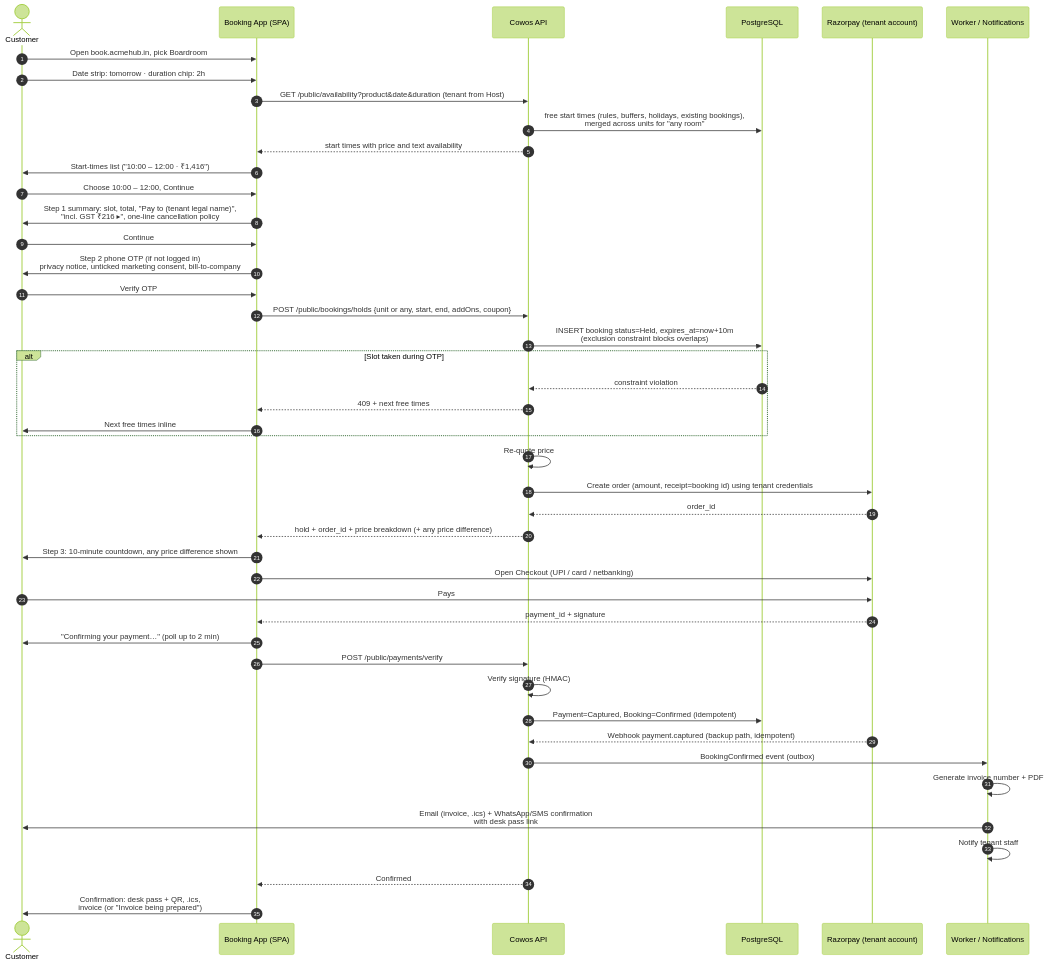
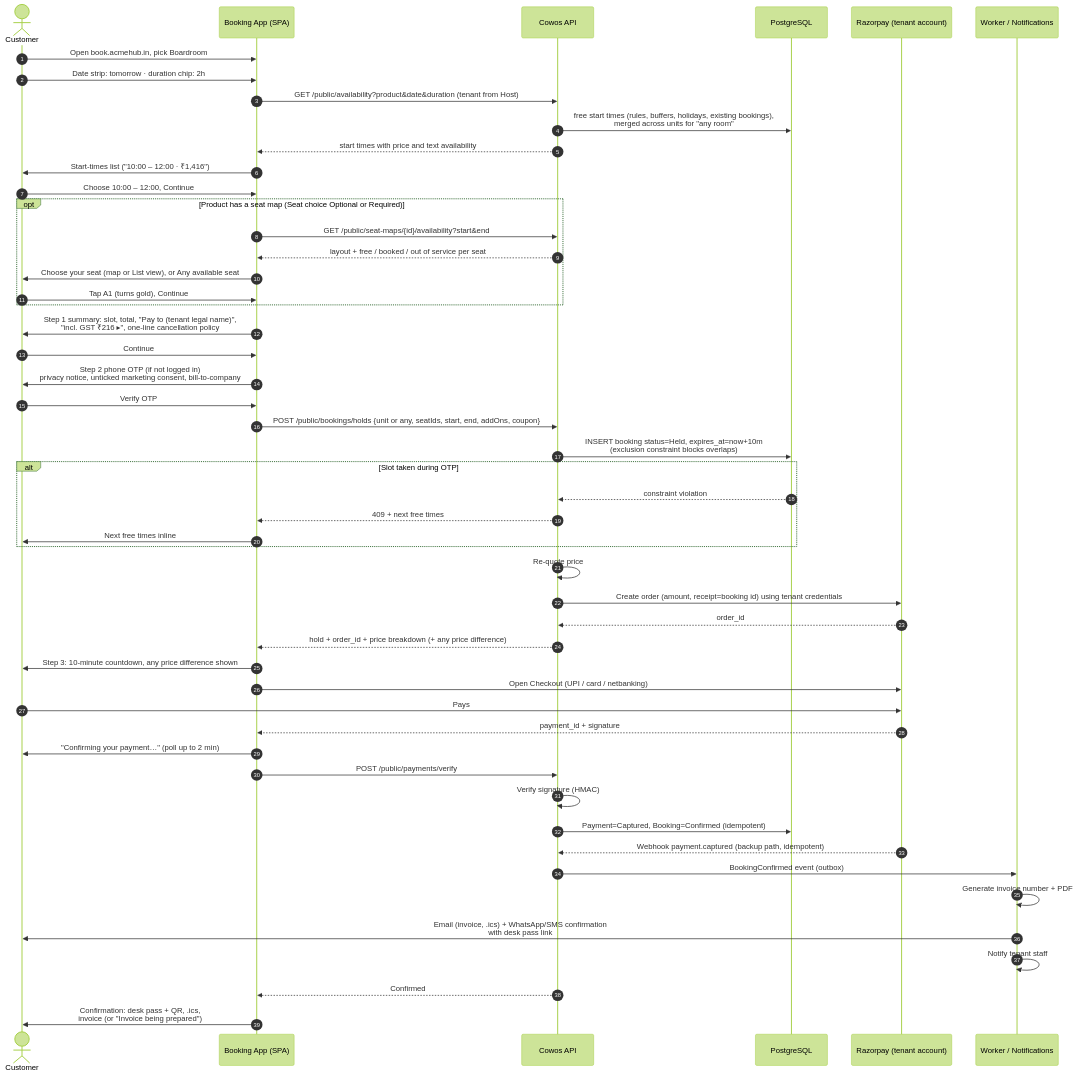
The fourth of 10 diagrams in docs/requirements/06-user-flows.md (mathsyagiri-scrimpify/Cowos), drawn with Mermaid (forest theme) before and after one commit. The commit also changed other lines of this file and 20 other files, not shown here.

First line of the commit message:
Add Fixed and Usage plans, seat maps and the build plan (pack v0.4)

````diff
--- a/docs/requirements/06-user-flows.md
+++ b/docs/requirements/06-user-flows.md
@@ -87,48 +89,54 @@
 ```mermaid
 sequenceDiagram
     autonumber
     actor C as Customer
     participant BA as Booking App (SPA)
     participant API as Cowos API
     participant DB as PostgreSQL
     participant RZ as Razorpay (tenant account)
     participant W as Worker / Notifications
 
     C->>BA: Open book.acmehub.in, pick Boardroom
     C->>BA: Date strip: tomorrow · duration chip: 2h
     BA->>API: GET /public/availability?product&date&duration (tenant from Host)
     API->>DB: free start times (rules, buffers, holidays, existing bookings),<br/>merged across units for "any room"
     API-->>BA: start times with price and text availability
     BA->>C: Start-times list ("10:00 – 12:00 · ₹1,416")
     C->>BA: Choose 10:00 – 12:00, Continue
+    opt Product has a seat map (Seat choice Optional or Required)
+        BA->>API: GET /public/seat-maps/{id}/availability?start&end
+        API-->>BA: layout + free / booked / out of service per seat
+        BA->>C: Choose your seat (map or List view), or Any available seat
+        C->>BA: Tap A1 (turns gold), Continue
+    end
     BA->>C: Step 1 summary: slot, total, "Pay to (tenant legal name)",<br/>"incl. GST ₹216 ▸", one-line cancellation policy
     C->>BA: Continue
     BA->>C: Step 2 phone OTP (if not logged in)<br/>privacy notice, unticked marketing consent, bill-to-company
     C->>BA: Verify OTP
-    BA->>API: POST /public/bookings/holds {unit or any, start, end, addOns, coupon}
+    BA->>API: POST /public/bookings/holds {unit or any, seatIds, start, end, addOns, coupon}
     API->>DB: INSERT booking status=Held, expires_at=now+10m<br/>(exclusion constraint blocks overlaps)
     alt Slot taken during OTP
         DB-->>API: constraint violation
         API-->>BA: 409 + next free times
         BA->>C: Next free times inline
     end
     API->>API: Re-quote price
     API->>RZ: Create order (amount, receipt=booking id) using tenant credentials
     RZ-->>API: order_id
     API-->>BA: hold + order_id + price breakdown (+ any price difference)
     BA->>C: Step 3: 10-minute countdown, any price difference shown
     BA->>RZ: Open Checkout (UPI / card / netbanking)
     C->>RZ: Pays
     RZ-->>BA: payment_id + signature
     BA->>C: "Confirming your payment…" (poll up to 2 min)
     BA->>API: POST /public/payments/verify
     API->>API: Verify signature (HMAC)
     API->>DB: Payment=Captured, Booking=Confirmed (idempotent)
     RZ-->>API: Webhook payment.captured (backup path, idempotent)
     API->>W: BookingConfirmed event (outbox)
     W->>W: Generate invoice number + PDF
     W->>C: Email (invoice, .ics) + WhatsApp/SMS confirmation<br/>with desk pass link
     W->>W: Notify tenant staff
     API-->>BA: Confirmed
     BA->>C: Confirmation: desk pass + QR, .ics,<br/>invoice (or "Invoice being prepared")
 ```
````
